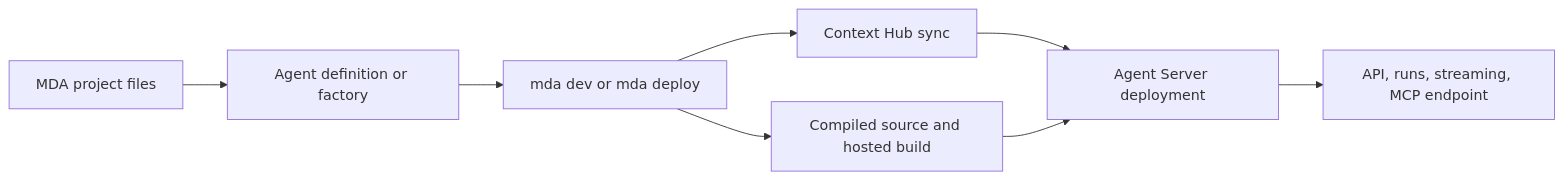
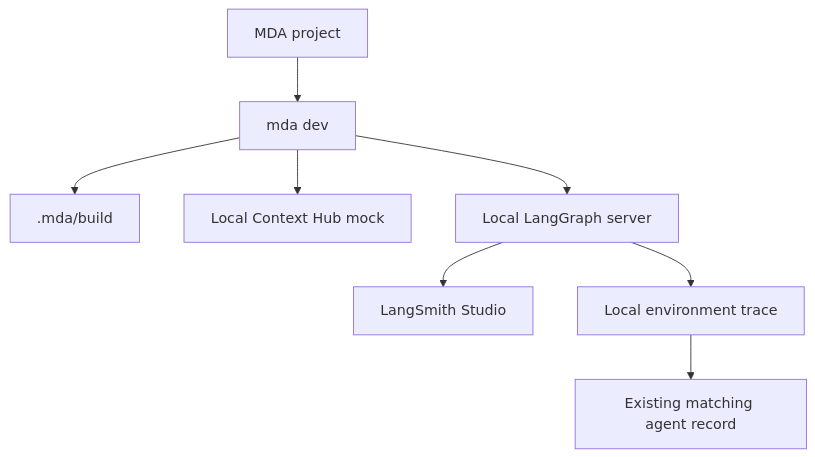
One commit to langchain-ai/docs changed the third of 3 diagrams in openwiki/workflows/langsmith-agent-documentation.md. Above: the diagram before and after it, drawn with Mermaid. The commit also changed other lines of this file and 29 other files, not shown here.

````diff
--- a/openwiki/workflows/langsmith-agent-documentation.md
+++ b/openwiki/workflows/langsmith-agent-documentation.md
@@ -193,10 +119,10 @@
 ```mermaid
-flowchart LR
-  Project["MDA project files"] --> Definition["Agent definition or factory"]
-  Definition --> CLI["mda dev or mda deploy"]
-  CLI --> Context["Context Hub sync"]
-  CLI --> Build["Compiled source and hosted build"]
-  Context --> Deployment["Agent Server deployment"]
-  Build --> Deployment
-  Deployment --> Interfaces["API, runs, streaming, MCP endpoint"]
+flowchart TD
+  Project["MDA project"] --> Dev["mda dev"]
+  Dev --> Build[".mda/build"]
+  Dev --> Context["Local Context Hub mock"]
+  Dev --> Server["Local LangGraph server"]
+  Server --> Studio["LangSmith Studio"]
+  Server --> LocalTrace["Local environment trace"]
+  LocalTrace --> Registry["Existing matching agent record"]
 ```
````
